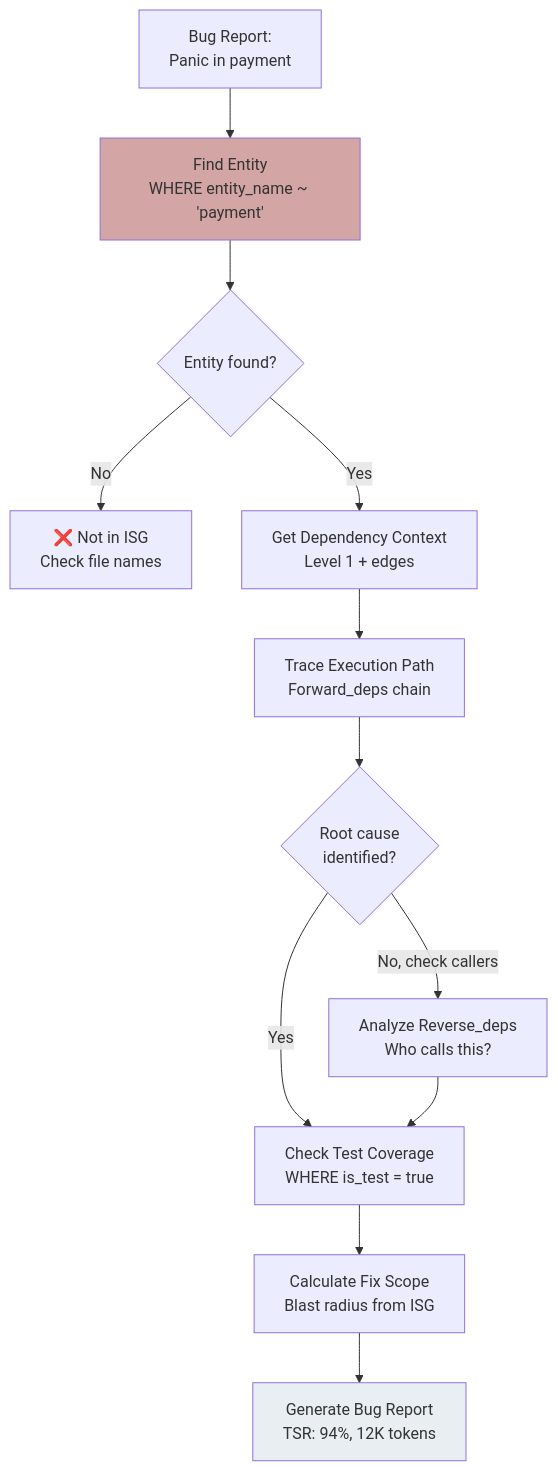
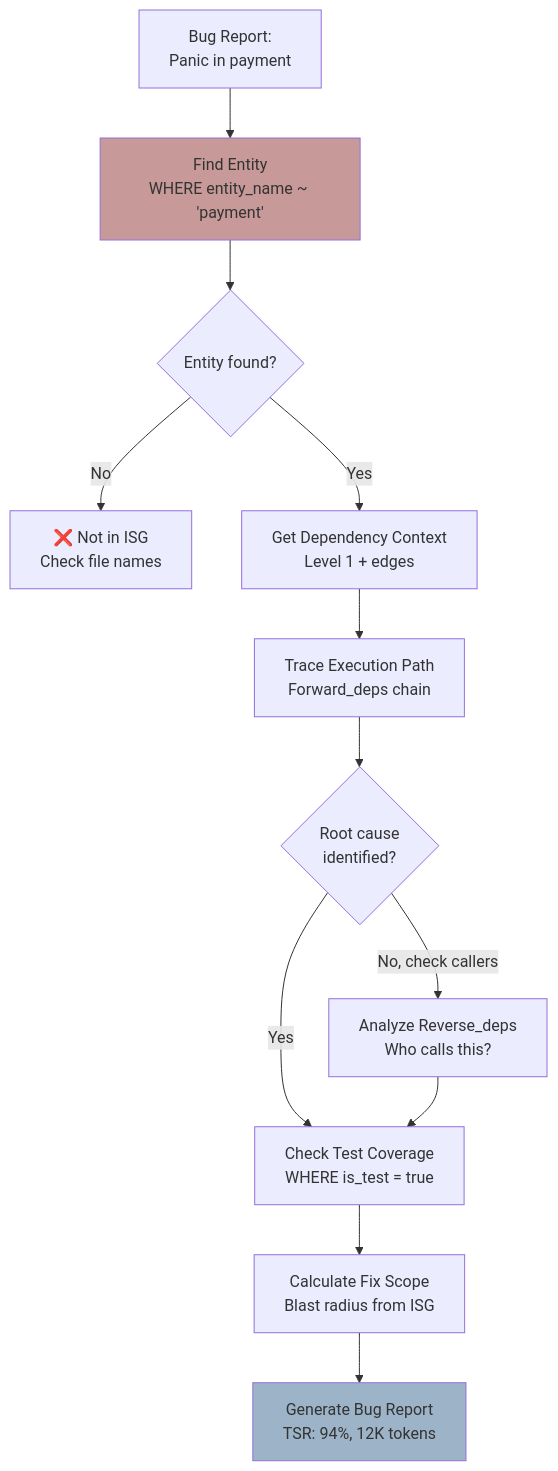
One commit to that-in-rust/parseltongue changed the fifth of 8 diagrams in .claude/parseltongue-ultrathink.md. Above: the diagram before and after it, drawn with Mermaid. The commit also changed other lines of this file, not shown here.

````diff
--- a/.claude/parseltongue-ultrathink.md
+++ b/.claude/parseltongue-ultrathink.md
@@ -367,17 +367,17 @@
   ```mermaid
   flowchart TD
       A[Bug Report:<br/>Panic in payment] --> B[Find Entity<br/>WHERE entity_name ~ 'payment']
       B --> C{Entity found?}
       C -->|No| FAIL[❌ Not in ISG<br/>Check file names]
       C -->|Yes| D[Get Dependency Context<br/>Level 1 + edges]
       D --> E[Trace Execution Path<br/>Forward_deps chain]
       E --> F{Root cause<br/>identified?}
       F -->|No, check callers| G[Analyze Reverse_deps<br/>Who calls this?]
       F -->|Yes| H[Check Test Coverage<br/>WHERE is_test = true]
       G --> H
       H --> I[Calculate Fix Scope<br/>Blast radius from ISG]
       I --> J[Generate Bug Report<br/>TSR: 94%, 12K tokens]
 
-      style B fill:#D4A5A5
-      style J fill:#E8EEF2
+      style B fill:#C89999
+      style J fill:#9DB4C8
   ```
````
